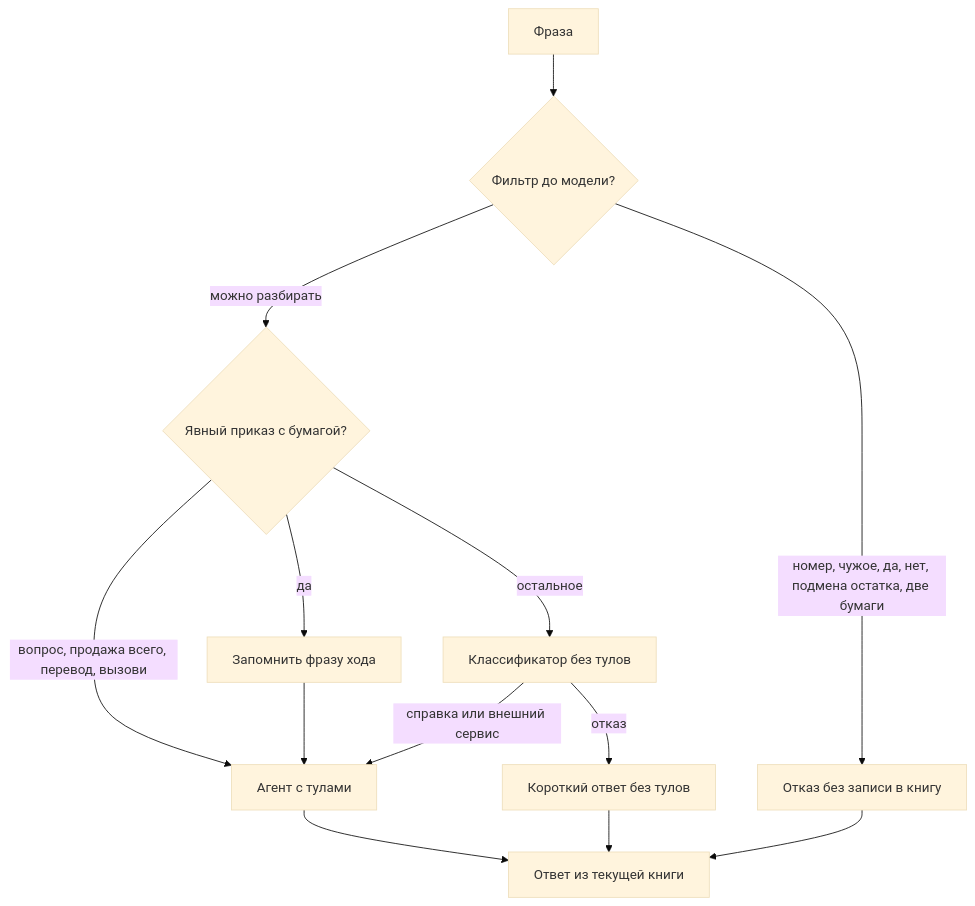
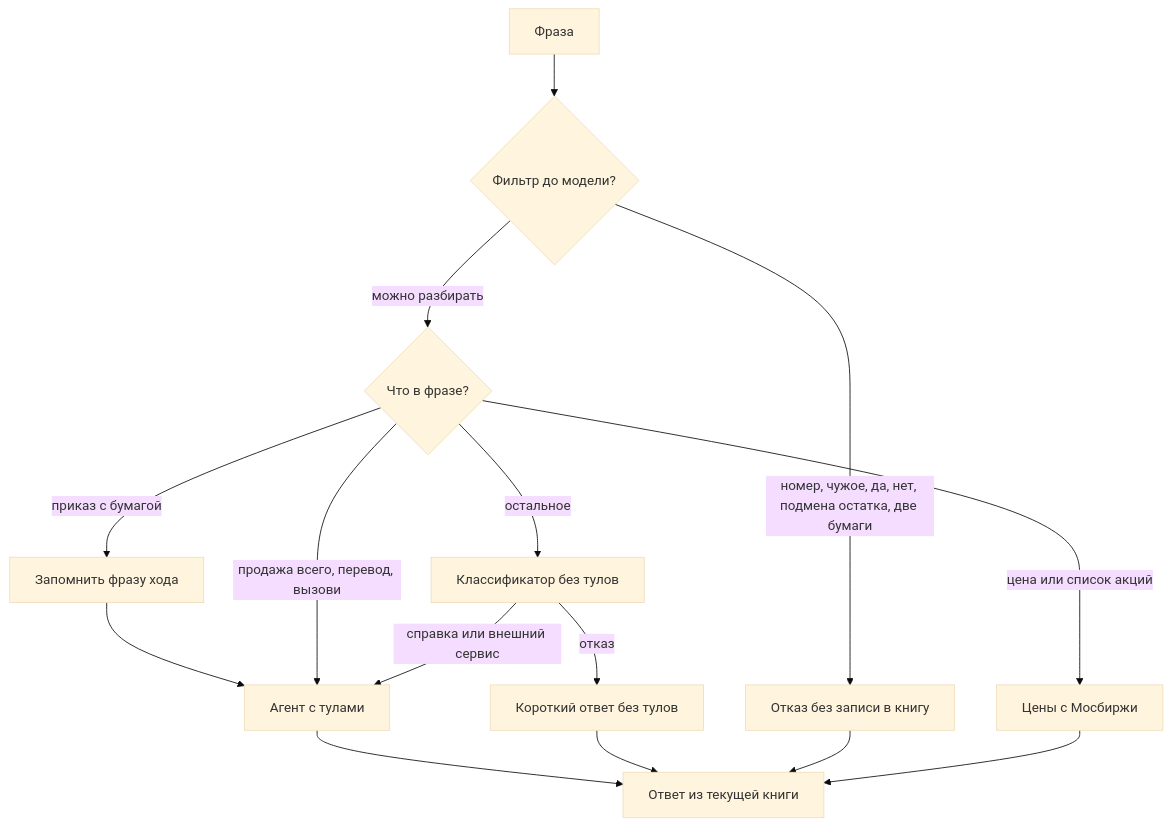
Before and after one commit to truchekaterina/mlsecops_agent: the first of 10 diagrams in docs/АРХИТЕКТУРА_КОНВЕЙЕРА.md, drawn with Mermaid (base theme). The commit also changed other lines of this file and 6 other files, not shown here.

````diff
--- a/docs/АРХИТЕКТУРА_КОНВЕЙЕРА.md
+++ b/docs/АРХИТЕКТУРА_КОНВЕЙЕРА.md
@@ -9,15 +9,17 @@
 ```mermaid
 flowchart TD
     A[Фраза] --> B{Фильтр до модели?}
     B -->|номер, чужое, да, нет, подмена остатка, две бумаги| C[Отказ без записи в книгу]
-    B -->|можно разбирать| D{Явный приказ с бумагой?}
-    D -->|да| E[Запомнить фразу хода]
-    D -->|вопрос, продажа всего, перевод, вызови| F[Агент с тулами]
-    E --> F
+    B -->|можно разбирать| D{Что в фразе?}
+    D -->|приказ с бумагой| E[Запомнить фразу хода]
+    E --> F[Агент с тулами]
+    D -->|цена или список акций| Q[Цены с Мосбиржи]
+    D -->|продажа всего, перевод, вызови| F
     D -->|остальное| G[Классификатор без тулов]
     G -->|справка или внешний сервис| F
     G -->|отказ| H[Короткий ответ без тулов]
     F --> I[Ответ из текущей книги]
     H --> I
     C --> I
+    Q --> I
 ```
````
